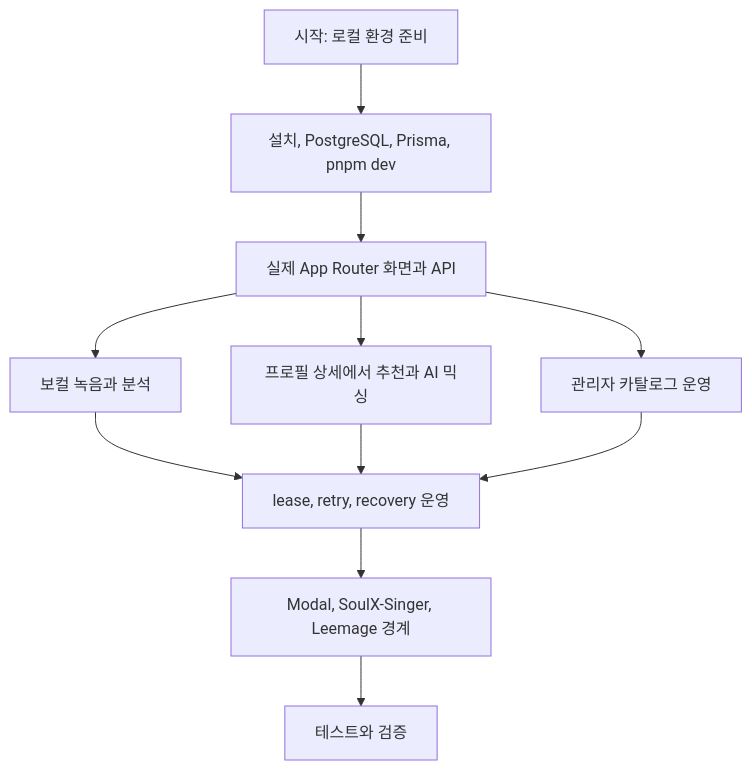
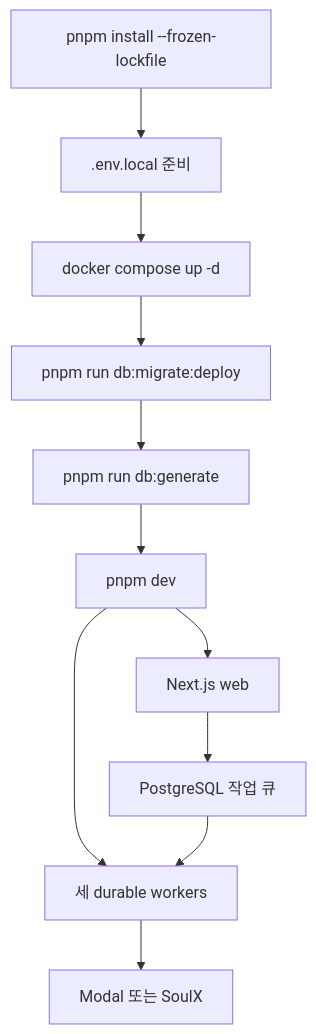
Before and after one commit to leey00nsu/copy-singer: the diagram in openwiki/quickstart.md, drawn with Mermaid. The commit also changed other lines of this file and 49 other files, not shown here.

````diff
--- a/openwiki/quickstart.md
+++ b/openwiki/quickstart.md
@@ -45,13 +46,13 @@
 ```mermaid
 flowchart TD
-    Start["시작: 로컬 환경 준비"] --> Setup["설치, PostgreSQL, Prisma, pnpm dev"]
-    Setup --> Surface["실제 App Router 화면과 API"]
-    Surface --> Profile["보컬 녹음과 분석"]
-    Surface --> Recommend["프로필 상세에서 추천과 AI 믹싱"]
-    Surface --> Admin["관리자 카탈로그 운영"]
-    Profile --> Ops["lease, retry, recovery 운영"]
-    Recommend --> Ops
-    Admin --> Ops
-    Ops --> Integrations["Modal, SoulX-Singer, Leemage 경계"]
-    Integrations --> Verify["테스트와 검증"]
+  Install["pnpm install --frozen-lockfile"] --> Env[".env.local 준비"]
+  Env --> DB["docker compose up -d"]
+  DB --> Migration["pnpm run db:migrate:deploy"]
+  Migration --> Generate["pnpm run db:generate"]
+  Generate --> Dev["pnpm dev"]
+  Dev --> Web["Next.js web"]
+  Dev --> Workers["세 durable workers"]
+  Web --> Queue["PostgreSQL 작업 큐"]
+  Queue --> Workers
+  Workers --> External["Modal 또는 SoulX"]
 ```
````
